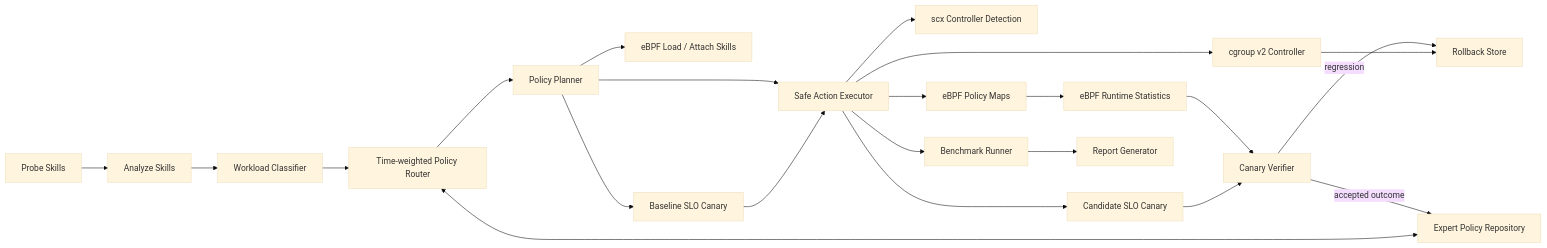
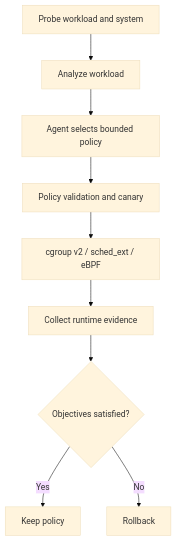
The diagram in README.md (SuperGh2233/SchedX-Agent), drawn with Mermaid (base theme) before and after one commit. The commit also changed other lines of this file, not shown here.

Commit message:
docs: refresh SchedX-Agent GitHub README

````diff
--- a/README.md
+++ b/README.md
@@ -100,24 +20,11 @@
 ```mermaid
-flowchart LR
-  P[Probe Skills] --> A[Analyze Skills]
-  A --> C[Workload Classifier]
-  C --> RT[Time-weighted Policy Router]
-  PR[Expert Policy Repository] <--> RT
-  RT --> PL[Policy Planner]
-  PL --> EX[Safe Action Executor]
-  PL --> EL[eBPF Load / Attach Skills]
-  PL --> CB[Baseline SLO Canary]
-  CB --> EX
-  EX --> CG[cgroup v2 Controller]
-  EX --> SCX[scx Controller Detection]
-  EX --> EP[eBPF Policy Maps]
-  EX --> CC[Candidate SLO Canary]
-  EP --> ES[eBPF Runtime Statistics]
-  ES --> V
-  CC --> V[Canary Verifier]
-  V -->|accepted outcome| PR
-  V -->|regression| RB
-  CG --> RB[Rollback Store]
-  EX --> B[Benchmark Runner]
-  B --> R[Report Generator]
+flowchart TD
+  A[Probe workload and system] --> B[Analyze workload]
+  B --> C[Agent selects bounded policy]
+  C --> D[Policy validation and canary]
+  D --> E[cgroup v2 / sched_ext / eBPF]
+  E --> F[Collect runtime evidence]
+  F --> G{Objectives satisfied?}
+  G -->|Yes| H[Keep policy]
+  G -->|No| I[Rollback]
 ```
````
